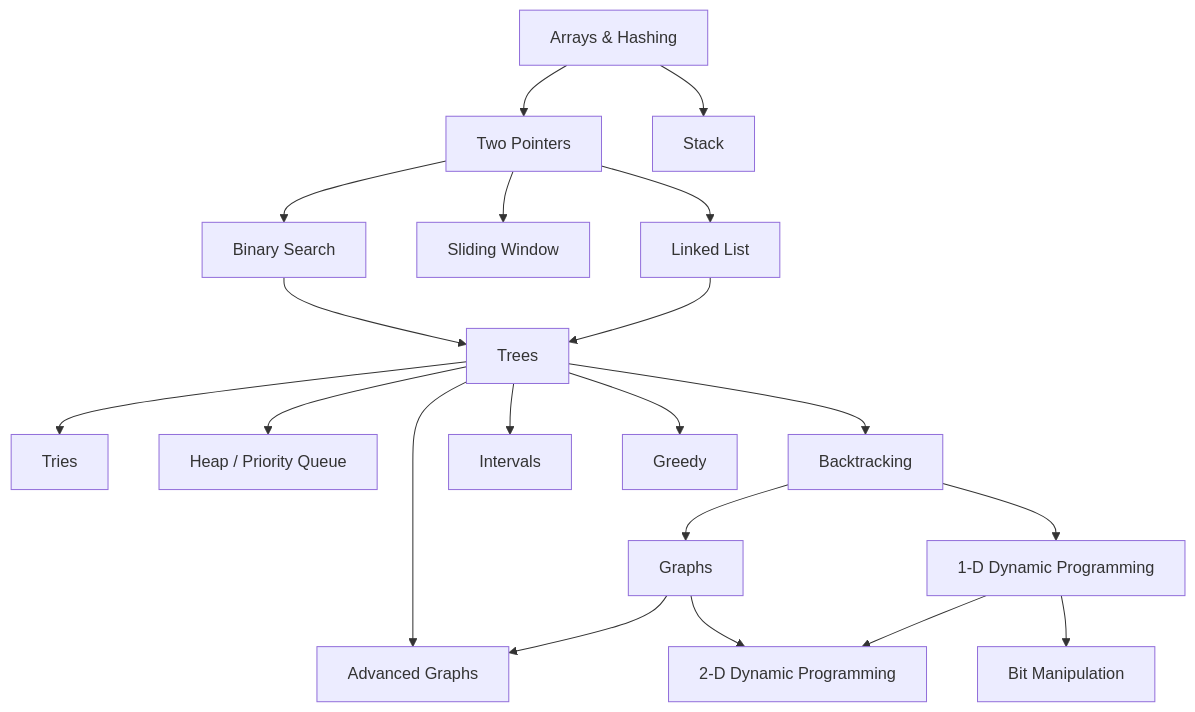
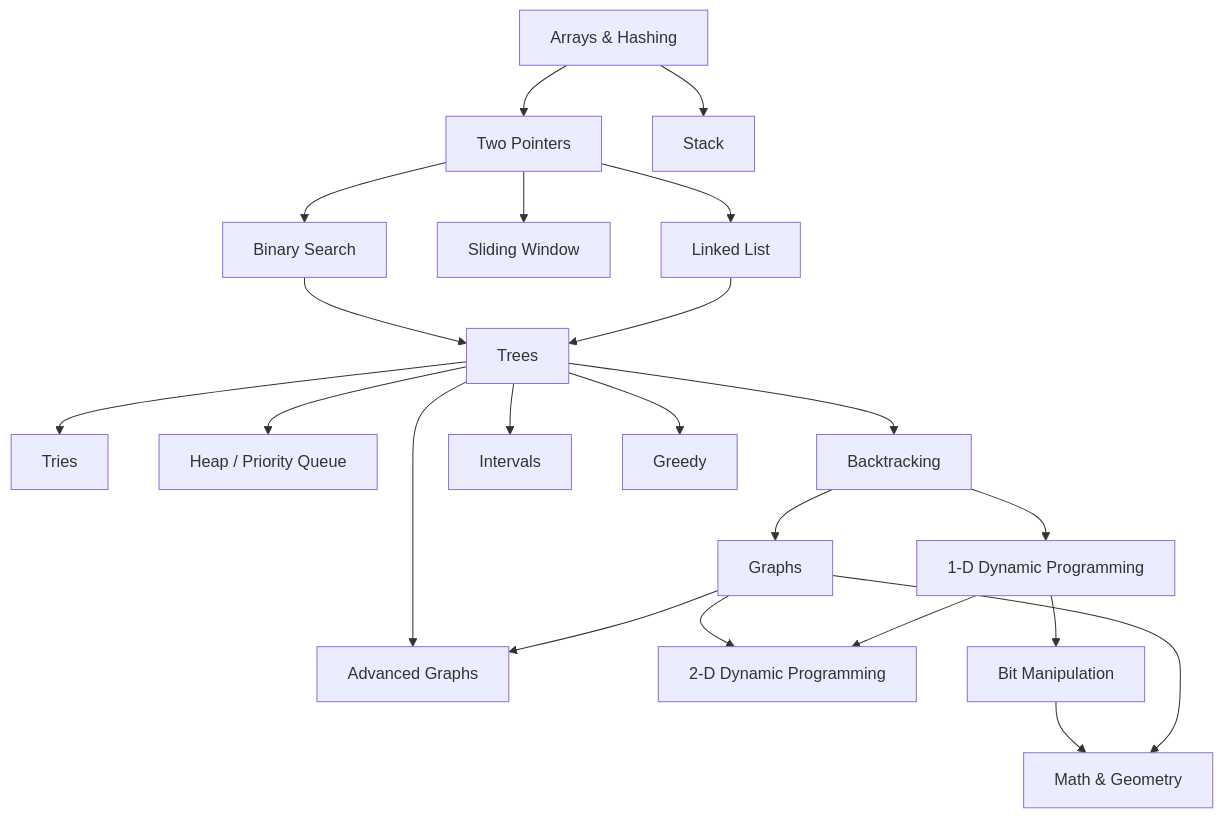
Before and after one commit to Arbelaezch/interview-prep: the diagram in README.md, drawn with Mermaid.

Commit message:
Updated roadmap mermaid diagram

````diff
--- a/README.md
+++ b/README.md
@@ -61,29 +61,32 @@
 ```mermaid
 graph TD
     A["Arrays & Hashing"] --> B["Two Pointers"]
     A --> D["Stack"]
     
     B --> E["Binary Search"]
     B --> C["Sliding Window"]
     B --> F["Linked List"]
     
     E --> G["Trees"]
     F --> G
 
     G --> H["Tries"]
     G --> I["Heap / Priority Queue"]
     G --> J["Backtracking"]
     
     J --> K["Graphs"]
     J --> L["1-D Dynamic Programming"]
 
     G --> M["Intervals"]
     G --> N["Greedy"]
     G --> O["Advanced Graphs"]
 
     K --> O
     K --> P["2-D Dynamic Programming"]
 
     L --> P
     L --> Q["Bit Manipulation"]
+
+    Q --> R["Math & Geometry"]
+    K --> R
 ```
````
